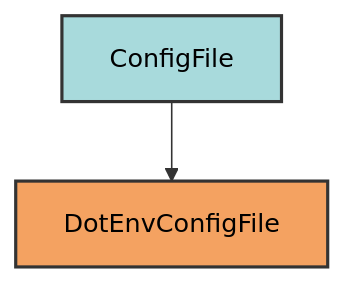
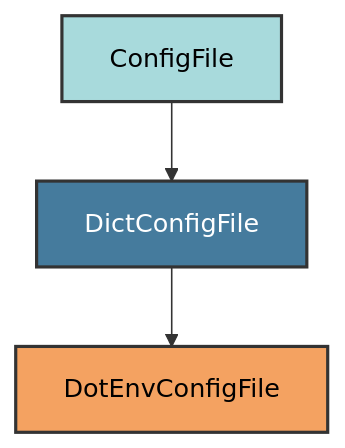
Before and after one commit to Winipedia/pyrig: the diagram in docs/configs/dot_env.md, drawn with Mermaid. The commit also changed other lines of this file and 21 other files, not shown here.

````diff
--- a/docs/configs/dot_env.md
+++ b/docs/configs/dot_env.md
@@ -17,7 +17,9 @@
 ```mermaid
 graph TD
-    A[ConfigFile] --> B[DotEnvConfigFile]
+    A[ConfigFile] --> B[DictConfigFile]
+    B --> C[DotEnvConfigFile]
 
     style A fill:#a8dadc,stroke:#333,stroke-width:2px,color:#000
-    style B fill:#f4a261,stroke:#333,stroke-width:2px,color:#000
+    style B fill:#457b9d,stroke:#333,stroke-width:2px,color:#fff
+    style C fill:#f4a261,stroke:#333,stroke-width:2px,color:#000
 ```
````
